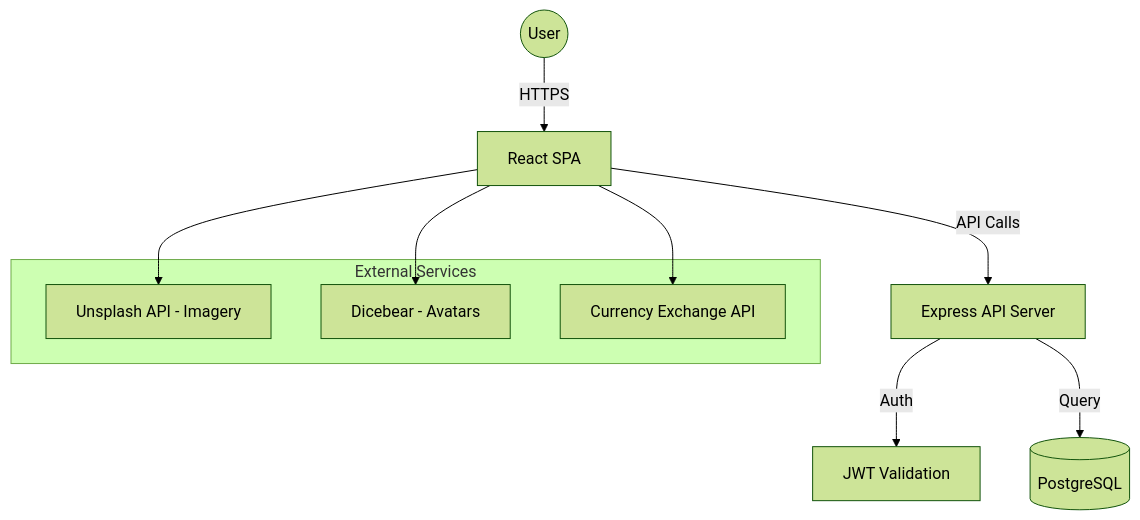
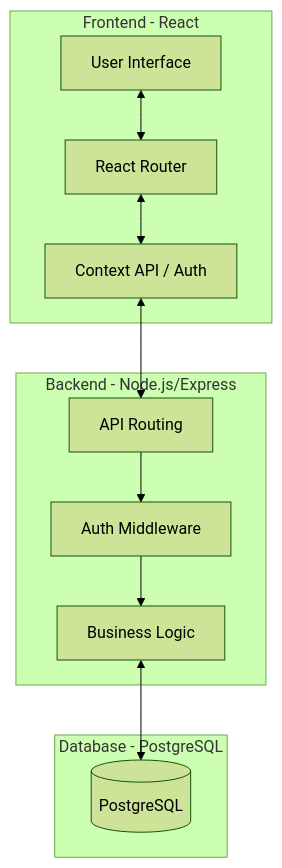
The diagram in docs/ARCHITECTURE.md (anujkdotexe/Traveloop-Personalized_Travel_Planner-OdooxParul), drawn with Mermaid (forest theme) before and after one commit. The commit also changed other lines of this file and 7 other files, not shown here.

Commit message:
feat: add application pages and architectural documentation for the Traveloop platform

````diff
--- a/docs/ARCHITECTURE.md
+++ b/docs/ARCHITECTURE.md
@@ -15,17 +9,25 @@
 ```mermaid
 graph TD
-    User((User)) -->|HTTPS| Frontend[React SPA]
-    Frontend -->|API Calls| API[Express API Server]
-    API -->|Auth| JWT[JWT Validation]
-    API -->|Query| DB[(PostgreSQL)]
-    
-    subgraph "External Services"
-        Unsplash[Unsplash API - Imagery]
-        Dicebear[Dicebear - Avatars]
-        Exchange[Currency Exchange API]
+    subgraph Client [Frontend - React]
+        UI[User Interface]
+        State[Context API / Auth]
+        Routes[React Router]
     end
-    
-    Frontend --> Unsplash
-    Frontend --> Dicebear
-    Frontend --> Exchange
+
+    subgraph API [Backend - Node.js/Express]
+        Auth[Auth Middleware]
+        Controllers[Business Logic]
+        Routes_S[API Routing]
+    end
+
+    subgraph Persistence [Database - PostgreSQL]
+        DB[(PostgreSQL)]
+    end
+
+    UI <--> Routes
+    Routes <--> State
+    State <--> Routes_S
+    Routes_S --> Auth
+    Auth --> Controllers
+    Controllers <--> DB
 ```
````
